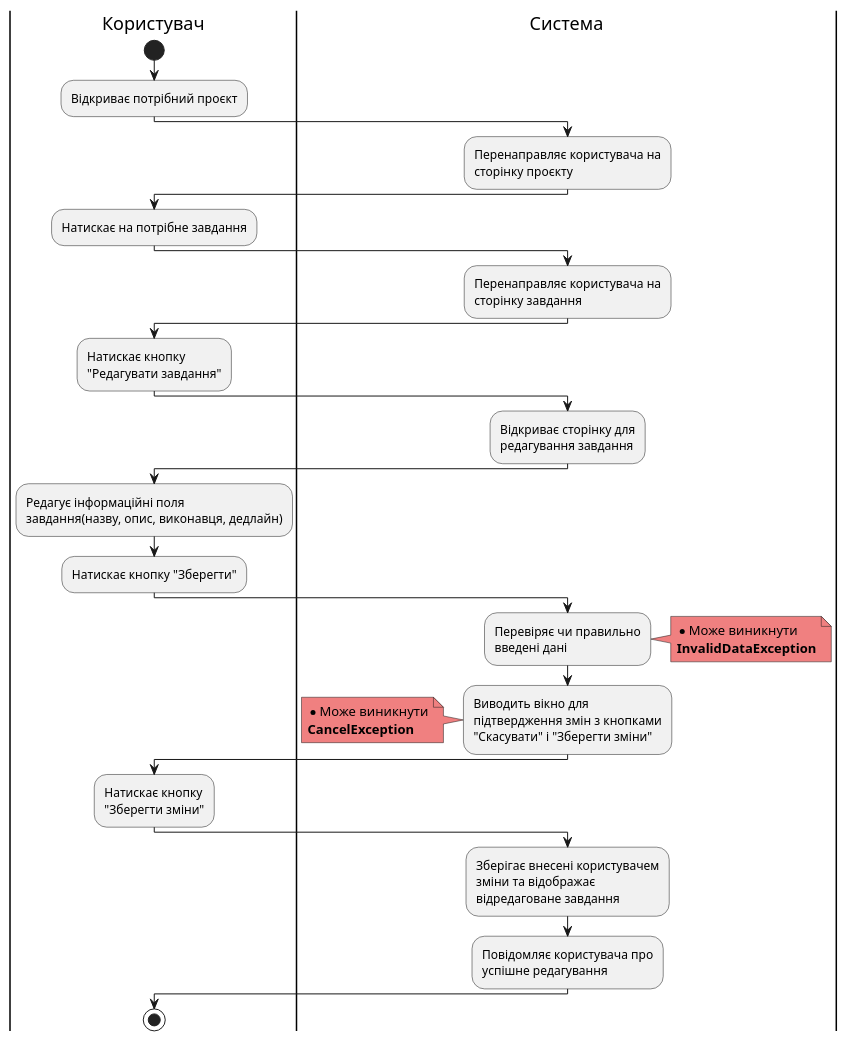
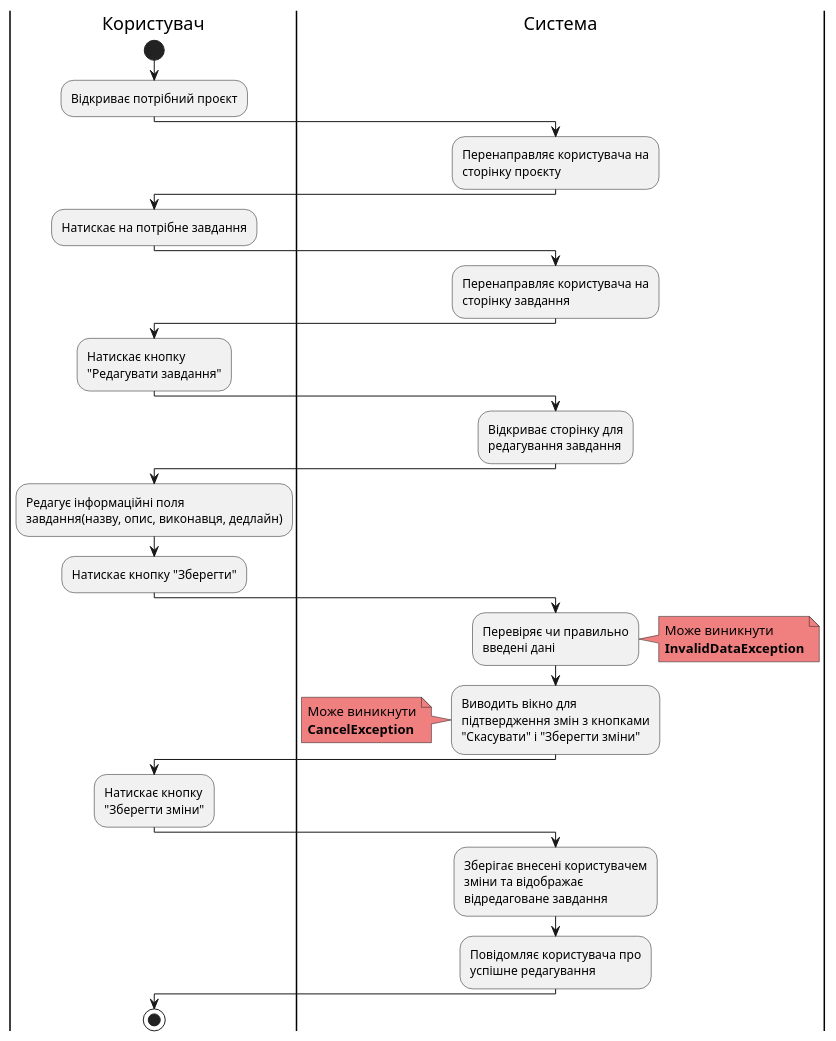
Diagram 15 of 23 in docs/use cases/README.md (samoilenkomariia/db-coursework), drawn with PlantUML before and after one commit. The commit also changed other lines of this file, not shown here.

```diff
--- a/docs/use cases/README.md
+++ b/docs/use cases/README.md
@@ -648,52 +648,52 @@
 @startuml
     
     |Користувач|
     start;
     :Відкриває потрібний проєкт;
         
     |Система|
     :Перенаправляє користувача на\nсторінку проєкту;
     
     |Користувач|
     :Натискає на потрібне завдання;
 
     |Система|
     :Перенаправляє користувача на\nсторінку завдання;
     
     |Користувач|
     :Натискає кнопку\n"Редагувати завдання";
 
     |Система|
     :Відкриває сторінку для\nредагування завдання;
 
     |Користувач|
     :Редагує інформаційні поля\nзавдання(назву, опис, виконавця, дедлайн);
     
     |Користувач|
     :Натискає кнопку "Зберегти";
 
     |Система|
     :Перевіряє чи правильно\nвведені дані;
     
     note right #lightcoral
-        * Може виникнути
+        Може виникнути
         <b>InvalidDataException</b>
     end note
     
     |Система|
     :Виводить вікно для\nпідтвердження змін з кнопками\n"Скасувати" і "Зберегти зміни";
 
     note left #lightcoral
-        * Може виникнути
+        Може виникнути
         <b>CancelException</b>
     end note    
     |Користувач|
     :Натискає кнопку\n"Зберегти зміни";
 
     |Система|
     :Зберігає внесені користувачем\nзміни та відображає\nвідредаговане завдання;
     :Повідомляє користувача про\nуспішне редагування;
 
     |Користувач|
         stop;
 @enduml
```
